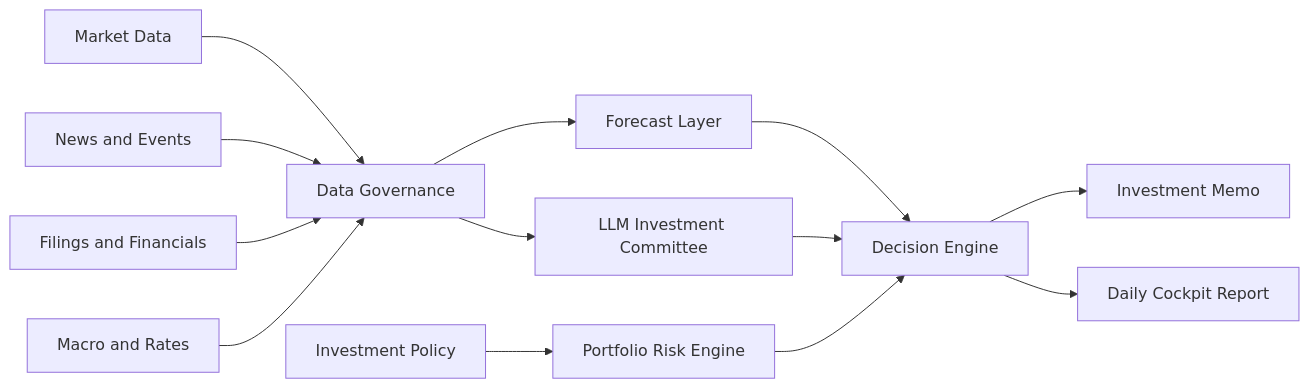
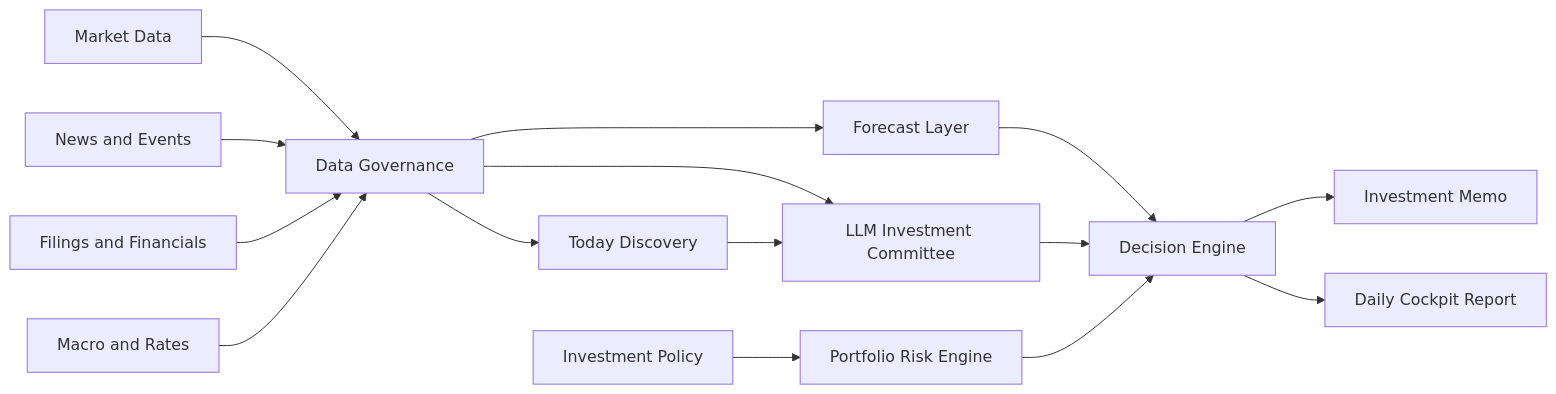
One commit to Fankouzu/LycheeAlphaDesk changed the diagram in README.md. Above: the diagram before and after it, drawn with Mermaid. The commit also changed other lines of this file and 4 other files, not shown here.

````diff
--- a/README.md
+++ b/README.md
@@ -117,15 +142,17 @@
 ```mermaid
 flowchart LR
   Policy[Investment Policy] --> Risk[Portfolio Risk Engine]
   Market[Market Data] --> Data[Data Governance]
   News[News and Events] --> Data
   Filings[Filings and Financials] --> Data
   Macro[Macro and Rates] --> Data
+  Data --> Discovery[Today Discovery]
   Data --> Forecast[Forecast Layer]
   Data --> Committee[LLM Investment Committee]
+  Discovery --> Committee
   Forecast --> Decision[Decision Engine]
   Committee --> Decision
   Risk --> Decision
   Decision --> Memo[Investment Memo]
   Decision --> Report[Daily Cockpit Report]
 ```
````
